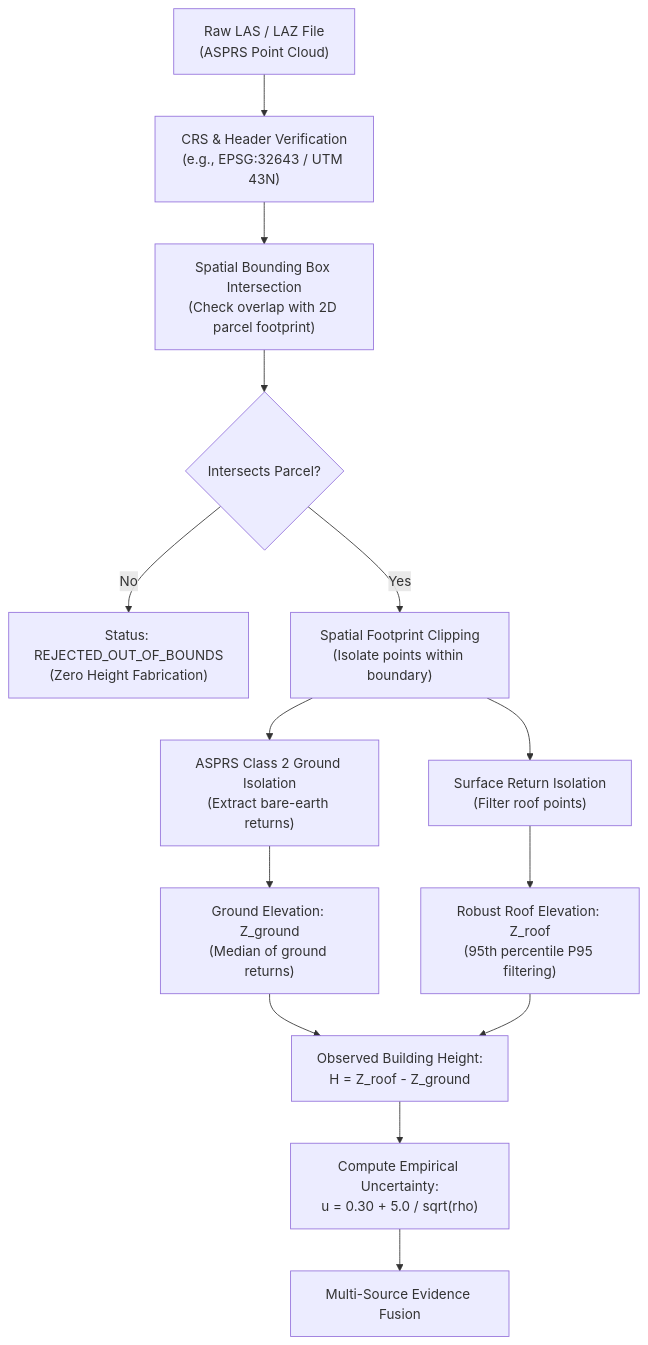
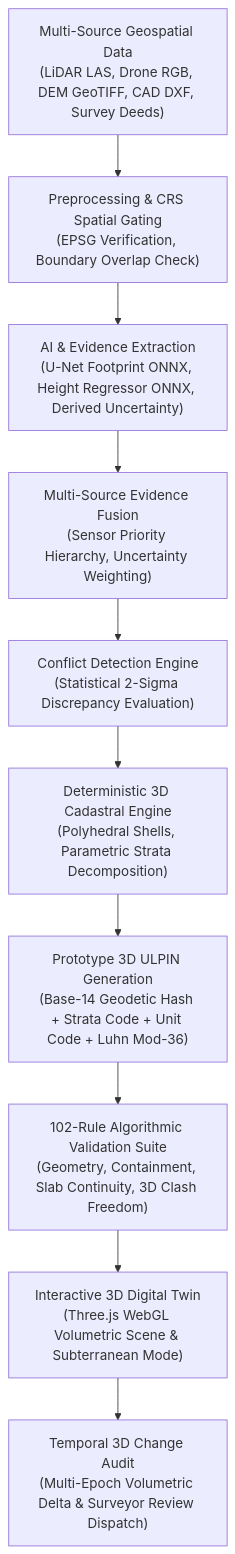
Before and after one commit to SreyasM24/3D-ULPIN-Vertical-Property-Mapping: the first of 5 diagrams in README.md, drawn with Mermaid. The commit also changed other lines of this file, not shown here.

````diff
--- a/README.md
+++ b/README.md
@@ -286,15 +84,12 @@
 ```mermaid
 flowchart TD
-    A["Raw LAS / LAZ File<br/>(ASPRS Point Cloud)"] --> B["CRS & Header Verification<br/>(e.g., EPSG:32643 / UTM 43N)"]
-    B --> C["Spatial Bounding Box Intersection<br/>(Check overlap with 2D parcel footprint)"]
-    C --> D{"Intersects Parcel?"}
-    D -- No --> REJ["Status: REJECTED_OUT_OF_BOUNDS<br/>(Zero Height Fabrication)"]
-    D -- Yes --> E["Spatial Footprint Clipping<br/>(Isolate points within boundary)"]
-    E --> F["ASPRS Class 2 Ground Isolation<br/>(Extract bare-earth returns)"]
-    E --> G["Surface Return Isolation<br/>(Filter roof points)"]
-    F --> H["Ground Elevation: Z_ground<br/>(Median of ground returns)"]
-    G --> I["Robust Roof Elevation: Z_roof<br/>(95th percentile P95 filtering)"]
-    H & I --> J["Observed Building Height:<br/>H = Z_roof - Z_ground"]
-    J --> K["Compute Empirical Uncertainty:<br/>u = 0.30 + 5.0 / sqrt(rho)"]
-    K --> L["Multi-Source Evidence Fusion"]
+    A["Multi-Source Geospatial Data<br/>(LiDAR LAS, Drone RGB, DEM GeoTIFF, CAD DXF, Survey Deeds)"] --> B["Preprocessing & CRS Spatial Gating<br/>(EPSG Verification, Boundary Overlap Check)"]
+    B --> C["AI & Evidence Extraction<br/>(U-Net Footprint ONNX, Height Regressor ONNX, Derived Uncertainty)"]
+    C --> D["Multi-Source Evidence Fusion<br/>(Sensor Priority Hierarchy, Uncertainty Weighting)"]
+    D --> E["Conflict Detection Engine<br/>(Statistical 2-Sigma Discrepancy Evaluation)"]
+    E --> F["Deterministic 3D Cadastral Engine<br/>(Polyhedral Shells, Parametric Strata Decomposition)"]
+    F --> G["Prototype 3D ULPIN Generation<br/>(Base-14 Geodetic Hash + Strata Code + Unit Code + Luhn Mod-36)"]
+    G --> H["102-Rule Algorithmic Validation Suite<br/>(Geometry, Containment, Slab Continuity, 3D Clash Freedom)"]
+    H --> I["Interactive 3D Digital Twin<br/>(Three.js WebGL Volumetric Scene & Subterranean Mode)"]
+    I --> J["Temporal 3D Change Audit<br/>(Multi-Epoch Volumetric Delta & Surveyor Review Dispatch)"]
 ```
````
